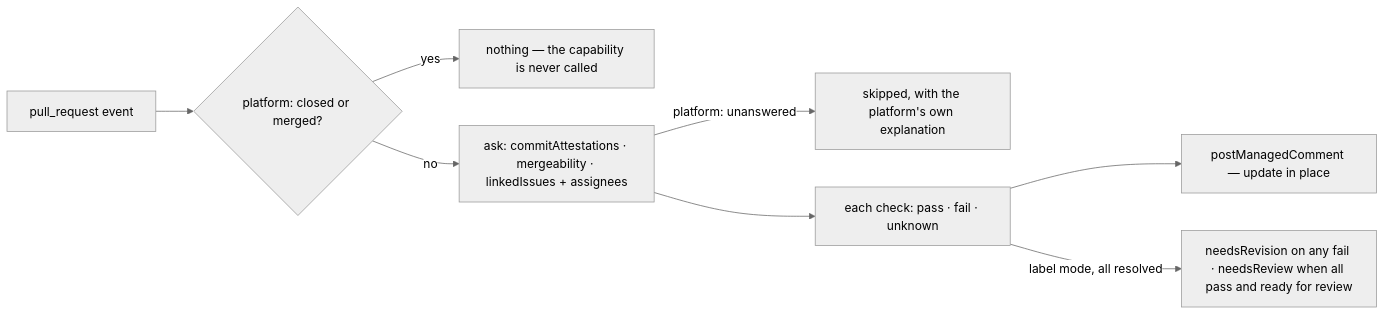
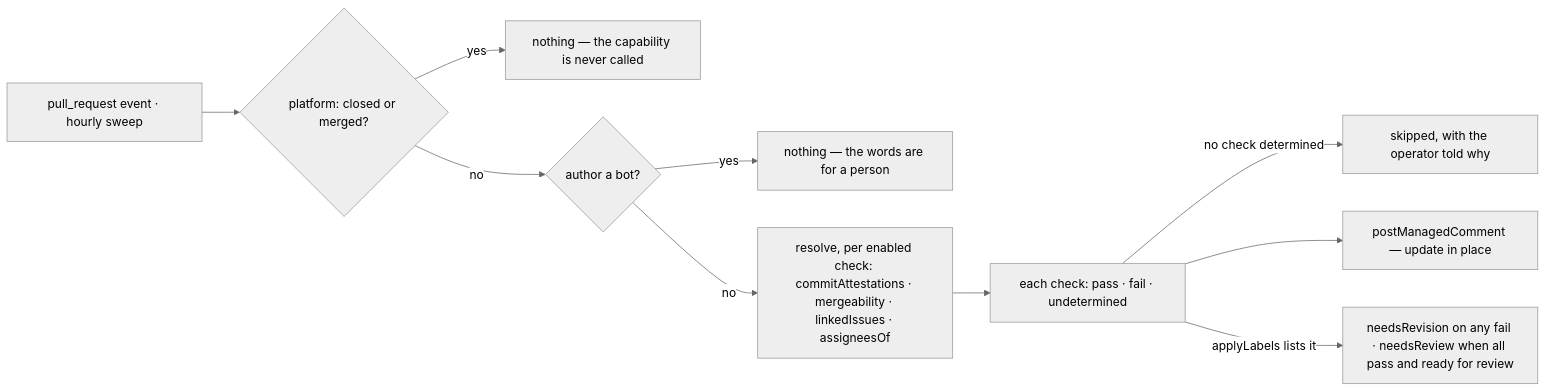
Before and after one commit to exploreriii/sdk-automations: the diagram in packages/capabilities/src/prQuality/design.md, drawn with Mermaid (neutral theme). The commit also changed other lines of this file and 65 other files, not shown here.

Commit message:
feat(prQuality): the complete capability, the labels it needs, and what the live run found

````diff
--- a/packages/capabilities/src/prQuality/design.md
+++ b/packages/capabilities/src/prQuality/design.md
@@ -101,10 +108,12 @@
 ```mermaid
 flowchart LR
-    O["pull_request event"] --> CL{"platform: closed or merged?"}
+    O["pull_request event · hourly sweep"] --> CL{"platform: closed or merged?"}
     CL -->|yes| N0["nothing — the capability is never called"]
-    CL -->|no| R["ask: commitAttestations · mergeability · linkedIssues + assignees"]
-    R -->|"platform: unanswered"| N1["skipped, with the platform's own explanation"]
-    R --> S["each check: pass · fail · unknown"]
+    CL -->|no| B{"author a bot?"}
+    B -->|yes| N2["nothing — the words are for a person"]
+    B -->|no| R["resolve, per enabled check: commitAttestations · mergeability · linkedIssues · assigneesOf"]
+    R --> S["each check: pass · fail · undetermined"]
+    S -->|"no check determined"| N1["skipped, with the operator told why"]
     S --> I["postManagedComment — update in place"]
-    S -->|"label mode, all resolved"| L["needsRevision on any fail · needsReview when all pass and ready for review"]
+    S -->|"applyLabels lists it"| L["needsRevision on any fail · needsReview when all pass and ready for review"]
 ```
````
